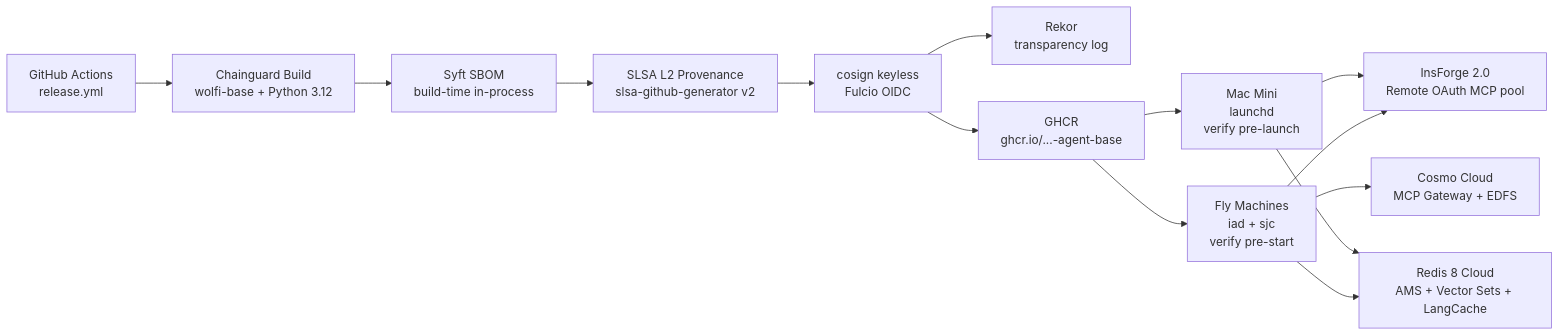
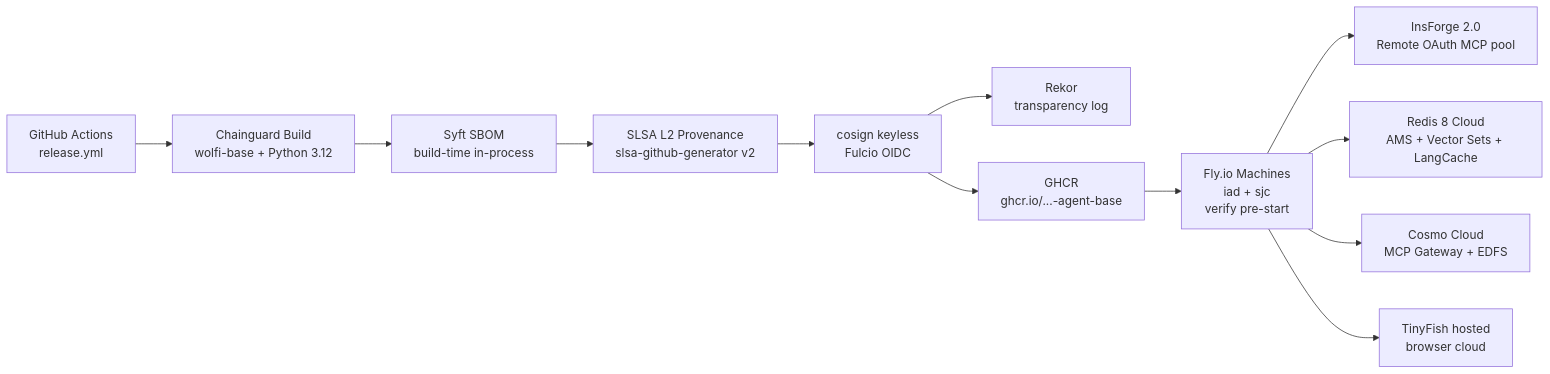
One commit to nihalnihalani/understudy changed the diagram in docs/deployment.md. Above: the diagram before and after it, drawn with Mermaid. The commit also changed other lines of this file and 23 other files, not shown here.

First line of the commit message:
chore(supply-chain): drop Mac Mini runtime + wire Chainguard Libraries

````diff
--- a/docs/deployment.md
+++ b/docs/deployment.md
@@ -5,25 +5,23 @@
 ```mermaid
 flowchart LR
     GH[GitHub Actions<br/>release.yml]
     CG[Chainguard Build<br/>wolfi-base + Python 3.12]
     SB[Syft SBOM<br/>build-time in-process]
     SL[SLSA L2 Provenance<br/>slsa-github-generator v2]
     CS[cosign keyless<br/>Fulcio OIDC]
     RK[Rekor<br/>transparency log]
     REG[GHCR<br/>ghcr.io/...-agent-base]
-    FLY[Fly Machines<br/>iad + sjc<br/>verify pre-start]
-    MM[Mac Mini<br/>launchd<br/>verify pre-launch]
+    FLY[Fly.io Machines<br/>iad + sjc<br/>verify pre-start]
+    TF[TinyFish hosted<br/>browser cloud]
     INS[InsForge 2.0<br/>Remote OAuth MCP pool]
     R8[Redis 8 Cloud<br/>AMS + Vector Sets + LangCache]
     CM[Cosmo Cloud<br/>MCP Gateway + EDFS]
 
     GH --> CG --> SB --> SL --> CS --> RK
     CS --> REG
     REG --> FLY
-    REG --> MM
     FLY --> INS
     FLY --> R8
     FLY --> CM
-    MM  --> INS
-    MM  --> R8
+    FLY --> TF
 ```
````
